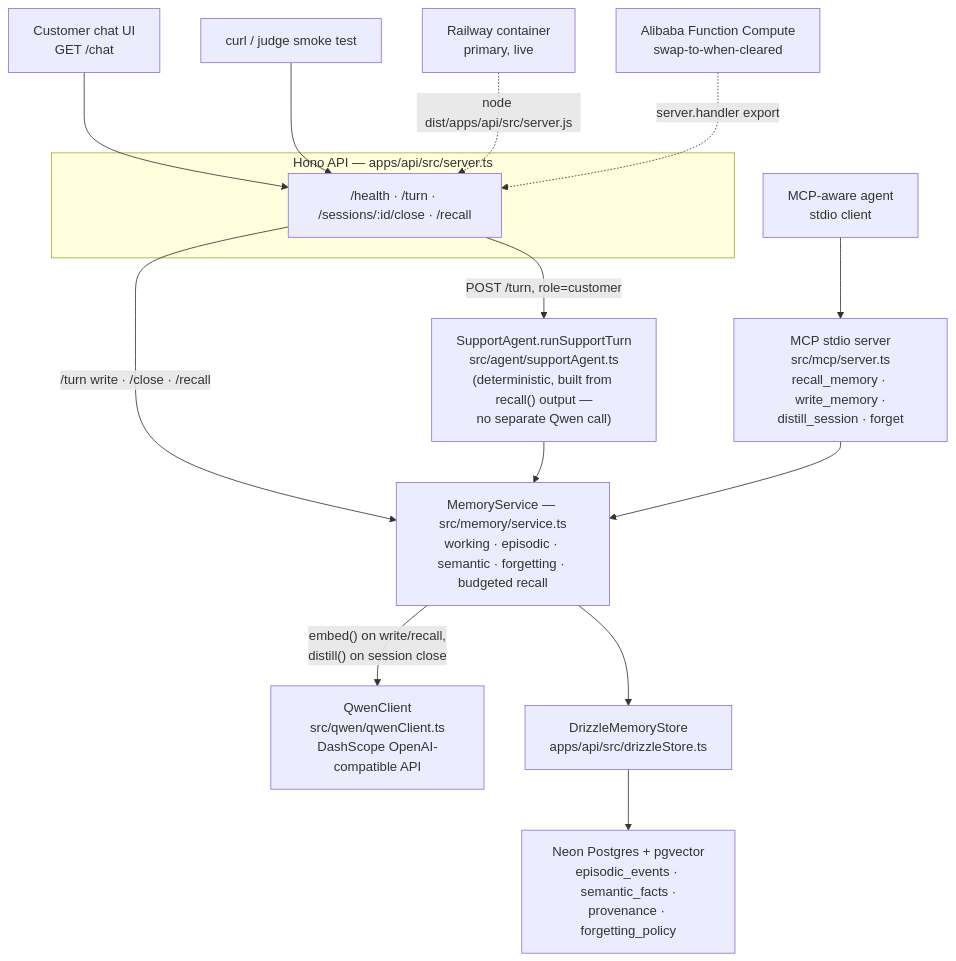
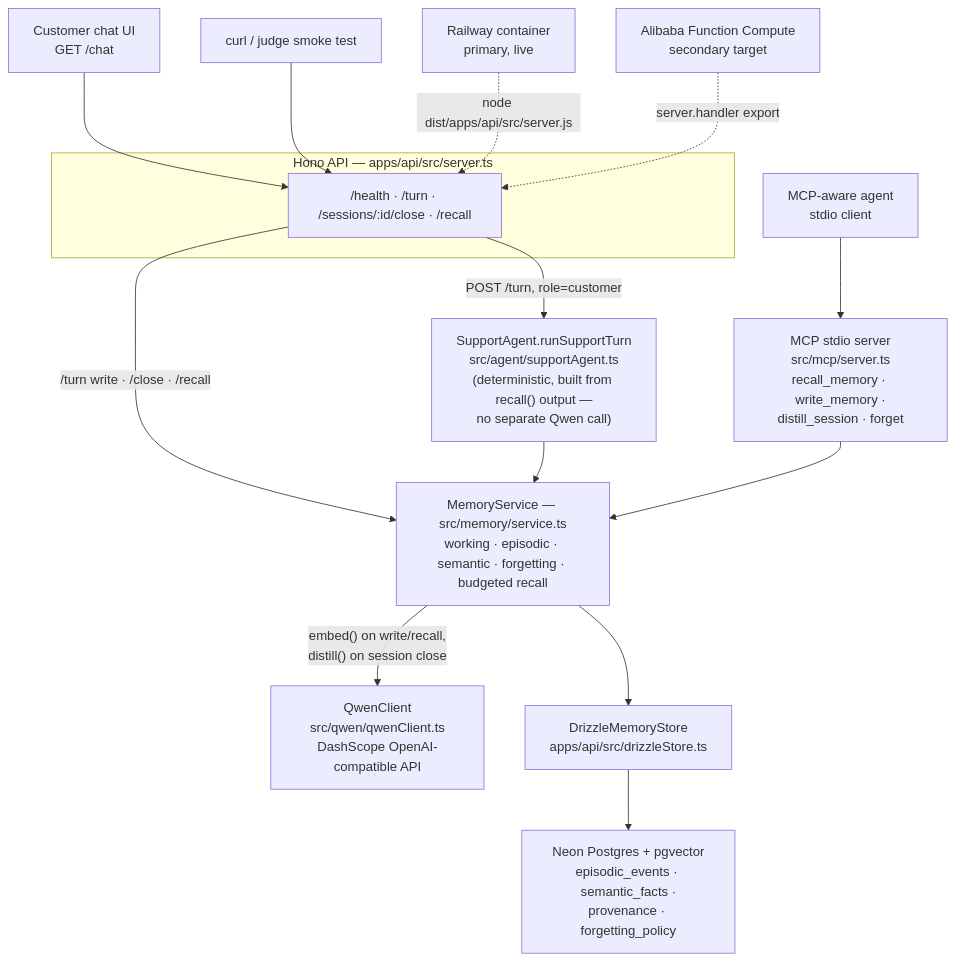
Before and after one commit to Marcelle-Labs/never-ask-twice: the diagram in docs/architecture.md, drawn with Mermaid. The commit also changed other lines of this file and 5 other files, not shown here.

````diff
--- a/docs/architecture.md
+++ b/docs/architecture.md
@@ -7,24 +7,24 @@
 ```mermaid
 flowchart TD
     UI["Customer chat UI<br/>GET /chat"] --> API
     Judge["curl / judge smoke test"] --> API
     MCPClient["MCP-aware agent<br/>stdio client"] --> MCPServer
 
     subgraph Entry["Hono API — apps/api/src/server.ts"]
         API["/health · /turn · /sessions/:id/close · /recall"]
     end
 
     API -->|"POST /turn, role=customer"| Agent["SupportAgent.runSupportTurn<br/>src/agent/supportAgent.ts<br/>(deterministic, built from recall() output —<br/>no separate Qwen call)"]
     API -->|"/turn write · /close · /recall"| MemSvc
     Agent --> MemSvc
 
     MCPServer["MCP stdio server<br/>src/mcp/server.ts<br/>recall_memory · write_memory ·<br/>distill_session · forget"] --> MemSvc
 
     MemSvc["MemoryService — src/memory/service.ts<br/>working · episodic · semantic · forgetting · budgeted recall"]
     MemSvc -->|"embed() on write/recall,<br/>distill() on session close"| Qwen["QwenClient<br/>src/qwen/qwenClient.ts<br/>DashScope OpenAI-compatible API"]
     MemSvc --> Store["DrizzleMemoryStore<br/>apps/api/src/drizzleStore.ts"]
     Store --> DB["Neon Postgres + pgvector<br/>episodic_events · semantic_facts ·<br/>provenance · forgetting_policy"]
 
     Railway["Railway container<br/>primary, live"] -.->|"node dist/apps/api/src/server.js"| API
-    FC["Alibaba Function Compute<br/>swap-to-when-cleared"] -.->|"server.handler export"| API
+    FC["Alibaba Function Compute<br/>secondary target"] -.->|"server.handler export"| API
 ```
````
